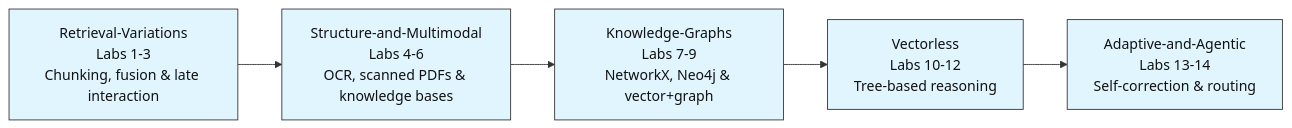
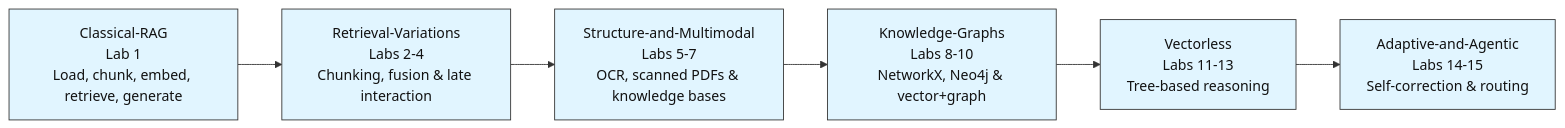
One commit to CogKnowEdge-Solutions/Context-Memory-Layer changed the second of 2 diagrams in RAG-Labs/README.md. Above: the diagram before and after it, drawn with Mermaid. The commit also changed other lines of this file and 78 other files, not shown here.

Commit message:
docs: add Classical RAG lab, renumber module to 15 labs / 6 sections

````diff
--- a/RAG-Labs/README.md
+++ b/RAG-Labs/README.md
@@ -220,10 +223,11 @@
 ```mermaid
 flowchart LR
-    R["Retrieval-Variations<br/>Labs 1-3<br/>Chunking, fusion &amp; late interaction"] --> S["Structure-and-Multimodal<br/>Labs 4-6<br/>OCR, scanned PDFs &amp; knowledge bases"]
-    S --> K["Knowledge-Graphs<br/>Labs 7-9<br/>NetworkX, Neo4j &amp; vector+graph"]
-    K --> VL["Vectorless<br/>Labs 10-12<br/>Tree-based reasoning"]
-    VL --> A["Adaptive-and-Agentic<br/>Labs 13-14<br/>Self-correction &amp; routing"]
+    C["Classical-RAG<br/>Lab 1<br/>Load, chunk, embed, retrieve, generate"] --> R["Retrieval-Variations<br/>Labs 2-4<br/>Chunking, fusion &amp; late interaction"]
+    R --> S["Structure-and-Multimodal<br/>Labs 5-7<br/>OCR, scanned PDFs &amp; knowledge bases"]
+    S --> K["Knowledge-Graphs<br/>Labs 8-10<br/>NetworkX, Neo4j &amp; vector+graph"]
+    K --> VL["Vectorless<br/>Labs 11-13<br/>Tree-based reasoning"]
+    VL --> A["Adaptive-and-Agentic<br/>Labs 14-15<br/>Self-correction &amp; routing"]
 
     classDef defaultStyle fill:#e1f5ff,stroke:#333333,stroke-width:1px,color:#111111
-    class R,S,K,VL,A defaultStyle
+    class C,R,S,K,VL,A defaultStyle
 ```
````
